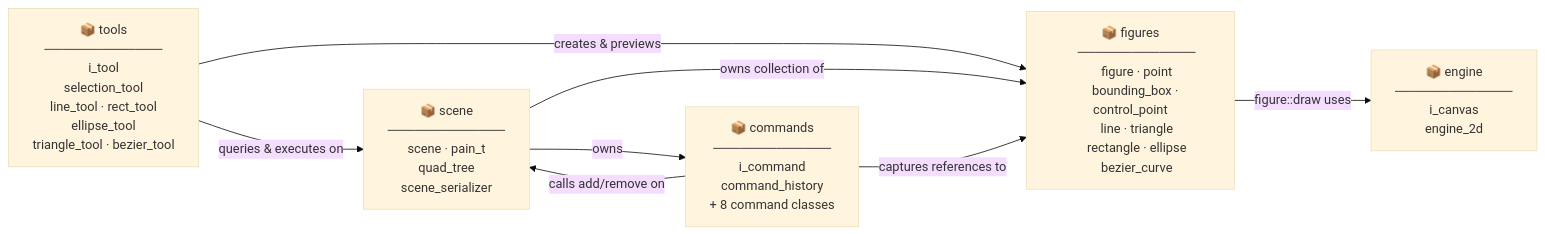
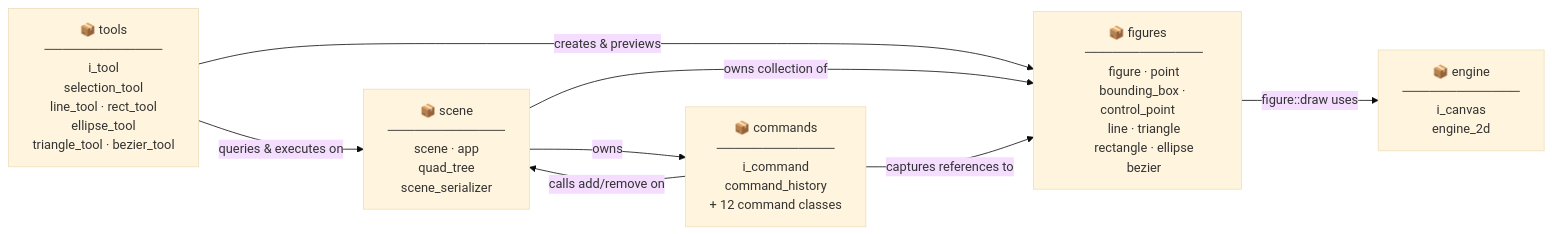
One commit to MiguelCiav/pain_t changed the diagram in README.md. Above: the diagram before and after it, drawn with Mermaid (base theme). The commit also changed other lines of this file and 16 other files, not shown here.

Commit message:
chore: consolidate project architecture and release v1.0.0

````diff
--- a/README.md
+++ b/README.md
@@ -5,43 +5,43 @@
 ```mermaid
 graph LR
     engine["📦 engine
     ─────────────
     i_canvas
     engine_2d"]
 
     figures["📦 figures
     ─────────────
     figure · point
     bounding_box · control_point
     line · triangle
     rectangle · ellipse
-    bezier_curve"]
+    bezier"]
 
     scene_pkg["📦 scene
     ─────────────
-    scene · pain_t
+    scene · app
     quad_tree
     scene_serializer"]
 
     tools["📦 tools
     ─────────────
     i_tool
     selection_tool
     line_tool · rect_tool
     ellipse_tool
     triangle_tool · bezier_tool"]
 
     commands["📦 commands
     ─────────────
     i_command
     command_history
-    + 8 command classes"]
+    + 12 command classes"]
 
     figures     -->|"figure::draw uses"| engine
     scene_pkg   -->|"owns collection of"| figures
     scene_pkg   -->|"owns"| commands
     tools       -->|"creates & previews"| figures
     tools       -->|"queries & executes on"| scene_pkg
     commands    -->|"captures references to"| figures
     commands    -->|"calls add/remove on"| scene_pkg
 ```
````
